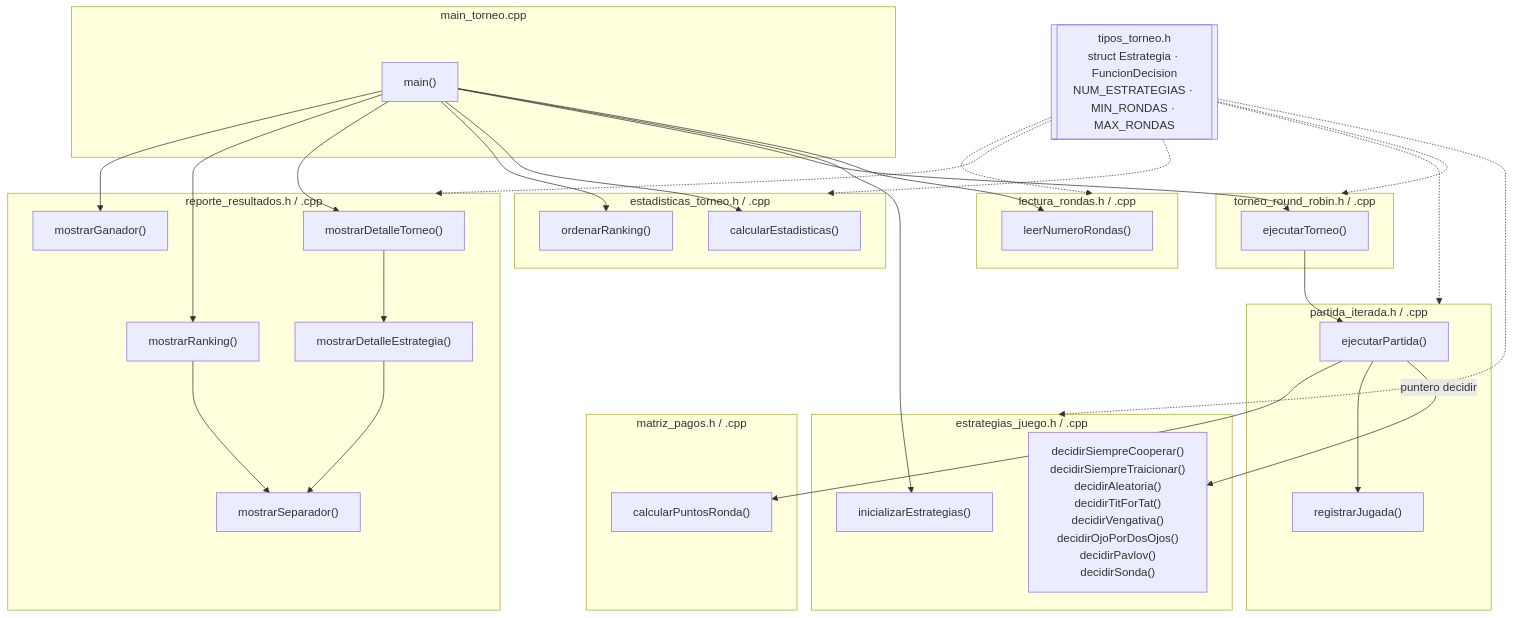
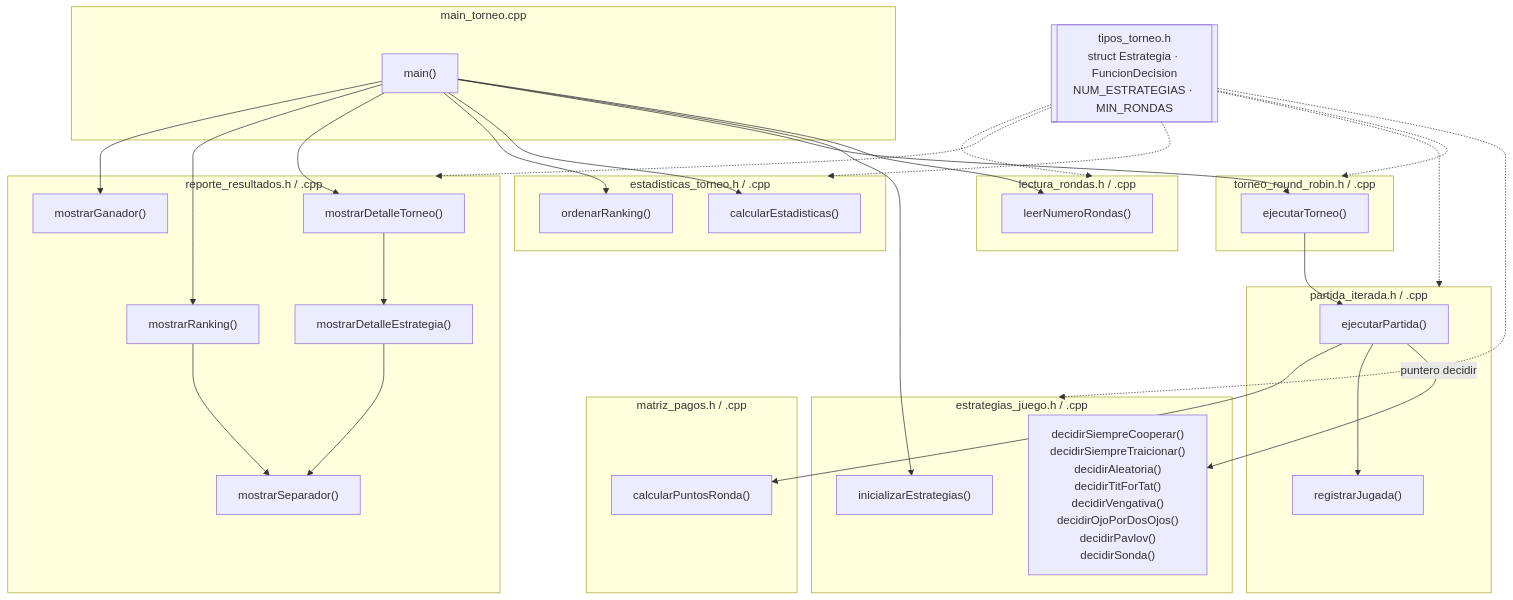
Before and after one commit to Wes-cyber-ux/JUEGO-DILEMA-DEL-PRISIONERO: the first of 2 diagrams in docs/diagramas.md, drawn with Mermaid. The commit also changed other lines of this file and 16 other files, not shown here.

````diff
--- a/docs/diagramas.md
+++ b/docs/diagramas.md
@@ -73,68 +73,68 @@
 ```mermaid
 flowchart TD
     subgraph MAIN["main_torneo.cpp"]
         main["main()"]
     end
 
     subgraph LEC["lectura_rondas.h / .cpp"]
         leer["leerNumeroRondas()"]
     end
 
     subgraph EST["estrategias_juego.h / .cpp"]
         init["inicializarEstrategias()"]
         dec["decidirSiempreCooperar()<br/>decidirSiempreTraicionar()<br/>decidirAleatoria()<br/>decidirTitForTat()<br/>decidirVengativa()<br/>decidirOjoPorDosOjos()<br/>decidirPavlov()<br/>decidirSonda()"]
     end
 
     subgraph TOR["torneo_round_robin.h / .cpp"]
         torneo["ejecutarTorneo()"]
     end
 
     subgraph PAR["partida_iterada.h / .cpp"]
         partida["ejecutarPartida()"]
         registrar["registrarJugada()"]
     end
 
     subgraph PAG["matriz_pagos.h / .cpp"]
         puntos["calcularPuntosRonda()"]
     end
 
     subgraph STA["estadisticas_torneo.h / .cpp"]
         calc["calcularEstadisticas()"]
         orden["ordenarRanking()"]
     end
 
     subgraph REP["reporte_resultados.h / .cpp"]
         detTorneo["mostrarDetalleTorneo()"]
         detEst["mostrarDetalleEstrategia()"]
         rank["mostrarRanking()"]
         gan["mostrarGanador()"]
         sep["mostrarSeparador()"]
     end
 
-    TIPOS[["tipos_torneo.h<br/>struct Estrategia · FuncionDecision<br/>NUM_ESTRATEGIAS · MIN_RONDAS · MAX_RONDAS"]]
+    TIPOS[["tipos_torneo.h<br/>struct Estrategia · FuncionDecision<br/>NUM_ESTRATEGIAS · MIN_RONDAS"]]
 
     main --> leer
     main --> init
     main --> torneo
     main --> calc
     main --> orden
     main --> detTorneo
     main --> rank
     main --> gan
 
     torneo --> partida
     partida -- "puntero decidir" --> dec
     partida --> registrar
     partida --> puntos
 
     detTorneo --> detEst
     detEst --> sep
     rank --> sep
 
     TIPOS -.-> EST
     TIPOS -.-> TOR
     TIPOS -.-> PAR
     TIPOS -.-> STA
     TIPOS -.-> REP
     TIPOS -.-> LEC
 ```
````
